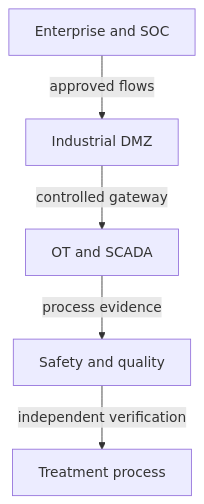
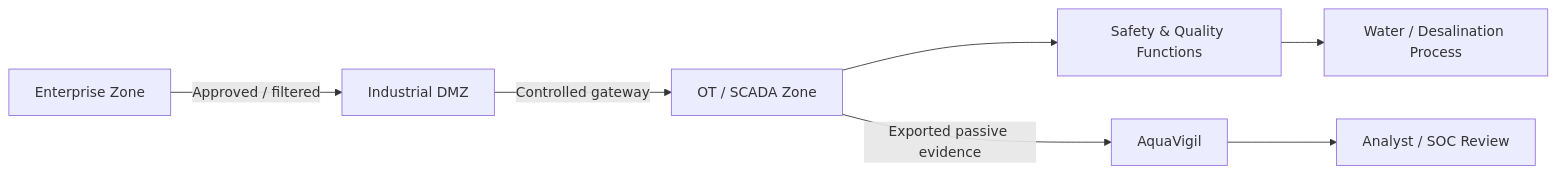
Before and after one commit to HaziqBinAfzal/AquaVigil: the eighth of 20 diagrams in docs/ARCHITECTURE.md, drawn with Mermaid. The commit also changed other lines of this file and 2 other files, not shown here.

Commit message:
docs: expand AquaVigil architecture documentation

````diff
--- a/docs/ARCHITECTURE.md
+++ b/docs/ARCHITECTURE.md
@@ -18,7 +174,9 @@
 ```mermaid
-flowchart TB
-  E[Enterprise and SOC] -->|approved flows| I[Industrial DMZ]
-  I -->|controlled gateway| O[OT and SCADA]
-  O -->|process evidence| S[Safety and quality]
-  S -->|independent verification| T[Treatment process]
+flowchart LR
+    E[Enterprise Zone] -->|Approved / filtered| D[Industrial DMZ]
+    D -->|Controlled gateway| O[OT / SCADA Zone]
+    O --> S[Safety & Quality Functions]
+    S --> P[Water / Desalination Process]
+    O -->|Exported passive evidence| AV[AquaVigil]
+    AV --> SOC[Analyst / SOC Review]
 ```
````
